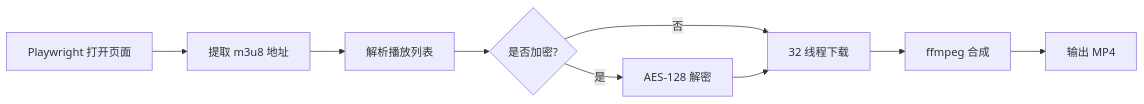
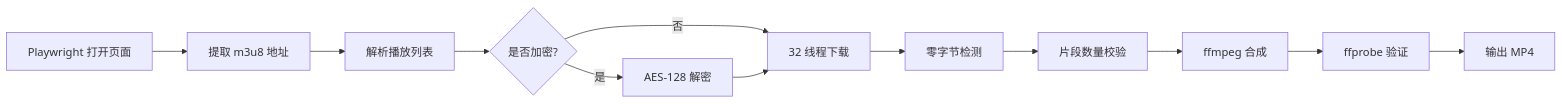
Before and after one commit to rmtd418/jabletv-downloader: the diagram in README.md, drawn with Mermaid. The commit also changed other lines of this file, not shown here.

Commit message:
docs: README 精简 + 补充验证链路优化（零字节检测/片段校验/ffprobe验证）

````diff
--- a/README.md
+++ b/README.md
@@ -107,11 +70,14 @@
 ```mermaid
 flowchart LR
     A[Playwright 打开页面] --> B[提取 m3u8 地址]
     B --> C[解析播放列表]
     C --> D{是否加密?}
     D -->|是| E[AES-128 解密]
     D -->|否| F[32 线程下载]
     E --> F
-    F --> G[ffmpeg 合成]
-    G --> H[输出 MP4]
+    F --> G[零字节检测]
+    G --> H[片段数量校验]
+    H --> I[ffmpeg 合成]
+    I --> J[ffprobe 验证]
+    J --> K[输出 MP4]
 ```
````
